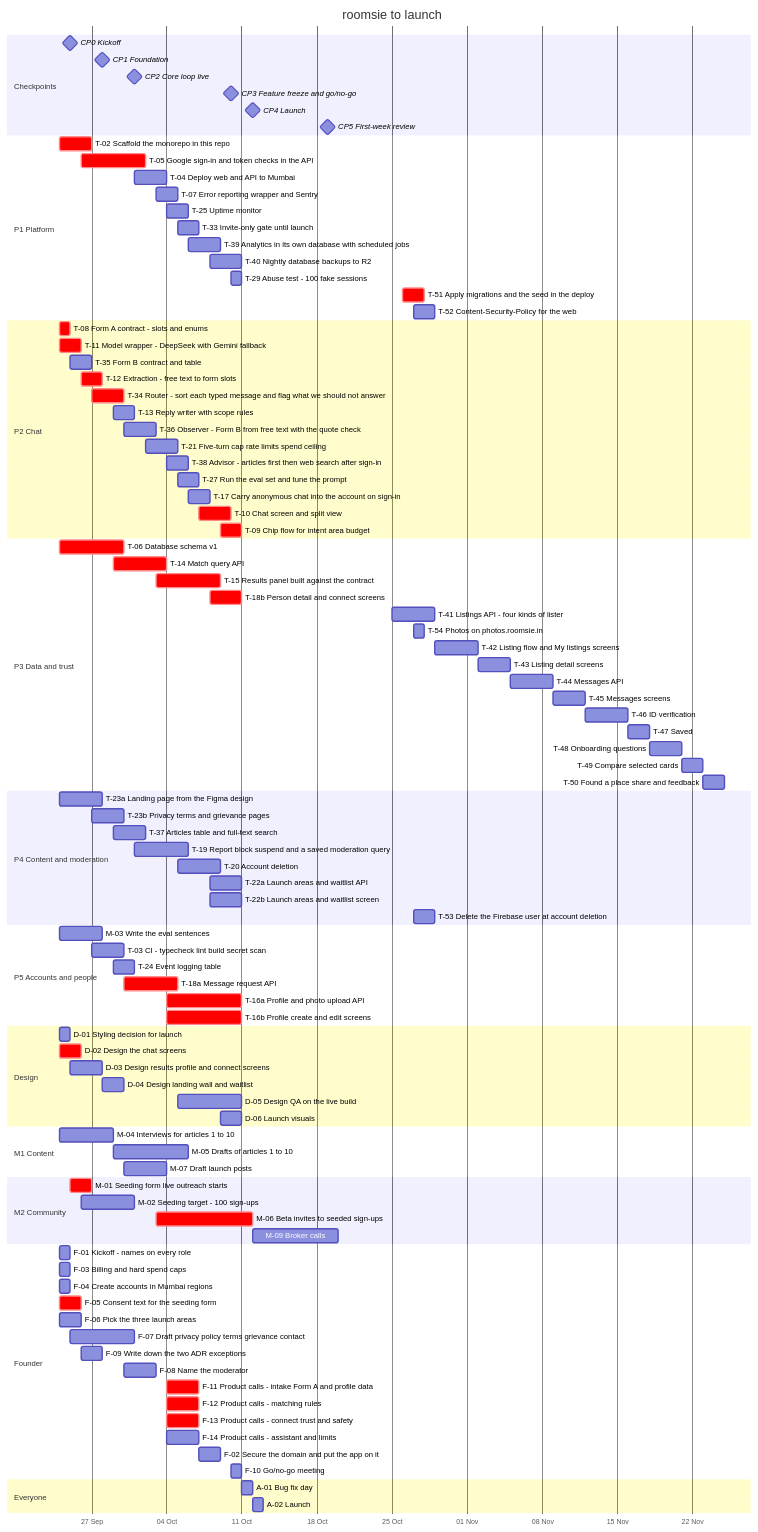
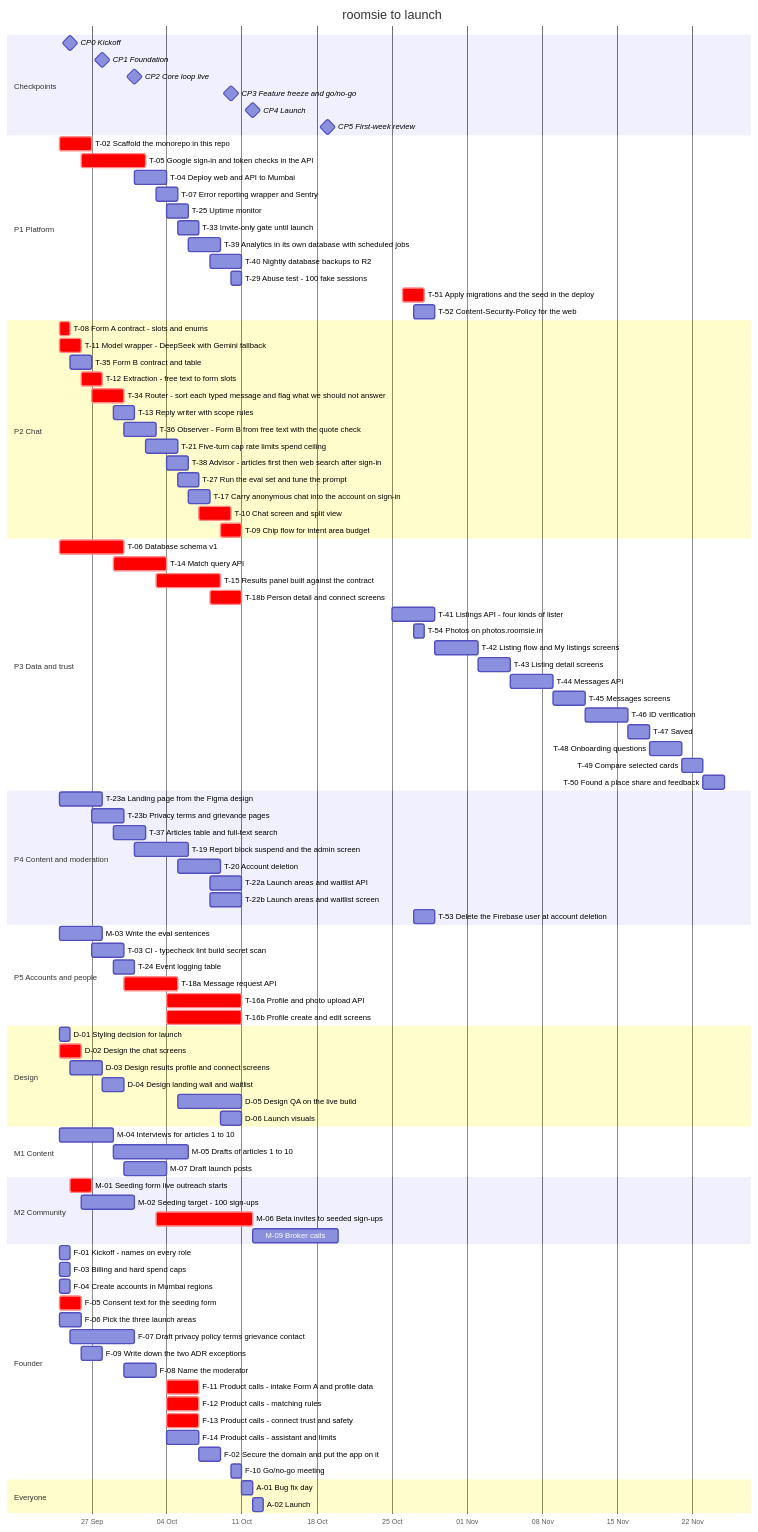
One commit to magentawood/roomsie changed the diagram in docs/team-plan.md. Above: the diagram before and after it, drawn with Mermaid. The commit also changed other lines of this file and 18 other files, not shown here.

```diff
--- a/docs/team-plan.md
+++ b/docs/team-plan.md
@@ -368,7 +368,7 @@
     T-23a Landing page from the Figma design :t23a, 2026-09-24, 4d
     T-23b Privacy terms and grievance pages :t23b, 2026-09-27, 3d
     T-37 Articles table and full-text search :t37, 2026-09-29, 3d
-    T-19 Report block suspend and a saved moderation query :t19, 2026-10-01, 5d
+    T-19 Report block suspend and the admin screen :t19, 2026-10-01, 5d
     T-20 Account deletion :t20, 2026-10-05, 4d
     T-22a Launch areas and waitlist API :t22a, 2026-10-08, 3d
     T-22b Launch areas and waitlist screen :t22b, 2026-10-08, 3d
```
